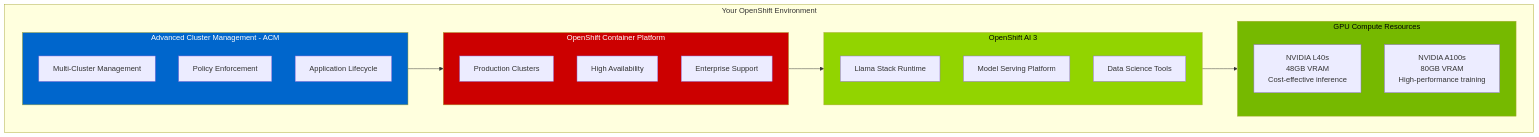
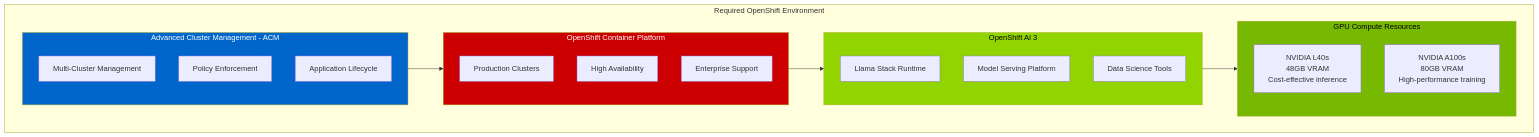
The first of 9 diagrams in executive-slide-01-current-infrastructure.md (robbybrodie/preso), drawn with Mermaid before and after one commit. The commit also changed other lines of this file, not shown here.

````diff
--- a/executive-slide-01-current-infrastructure.md
+++ b/executive-slide-01-current-infrastructure.md
@@ -14,36 +14,36 @@
 ```mermaid
 graph TB
-    subgraph Platform[Your OpenShift Environment]
+    subgraph Platform[Required OpenShift Environment]
         subgraph Management[Advanced Cluster Management - ACM]
             ACM1[Multi-Cluster Management]
             ACM2[Policy Enforcement]
             ACM3[Application Lifecycle]
         end
         
         subgraph Compute[OpenShift Container Platform]
             OCP1[Production Clusters]
             OCP2[High Availability]
             OCP3[Enterprise Support]
         end
         
         subgraph AI[OpenShift AI 3]
             OSAI1[Llama Stack Runtime]
             OSAI2[Model Serving Platform]
             OSAI3[Data Science Tools]
         end
         
         subgraph Hardware[GPU Compute Resources]
             GPU1[NVIDIA L40s<br/>48GB VRAM<br/>Cost-effective inference]
             GPU2[NVIDIA A100s<br/>80GB VRAM<br/>High-performance training]
         end
     end
     
     Management --> Compute
     Compute --> AI
     AI --> Hardware
     
     style Management fill:#0066cc,color:#fff
     style Compute fill:#cc0000,color:#fff
     style AI fill:#92d400,color:#000
     style Hardware fill:#76b900,color:#000
 ```
````
